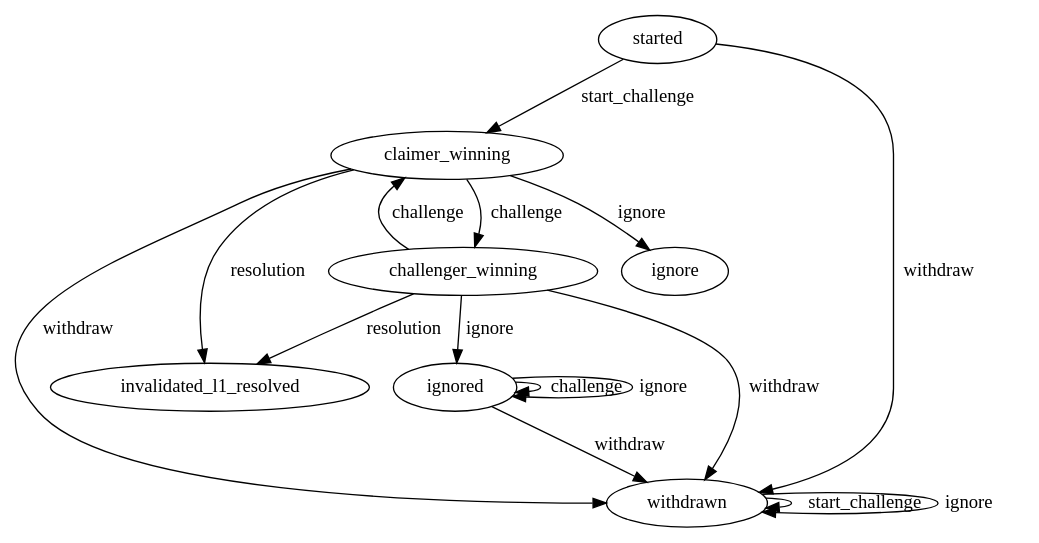
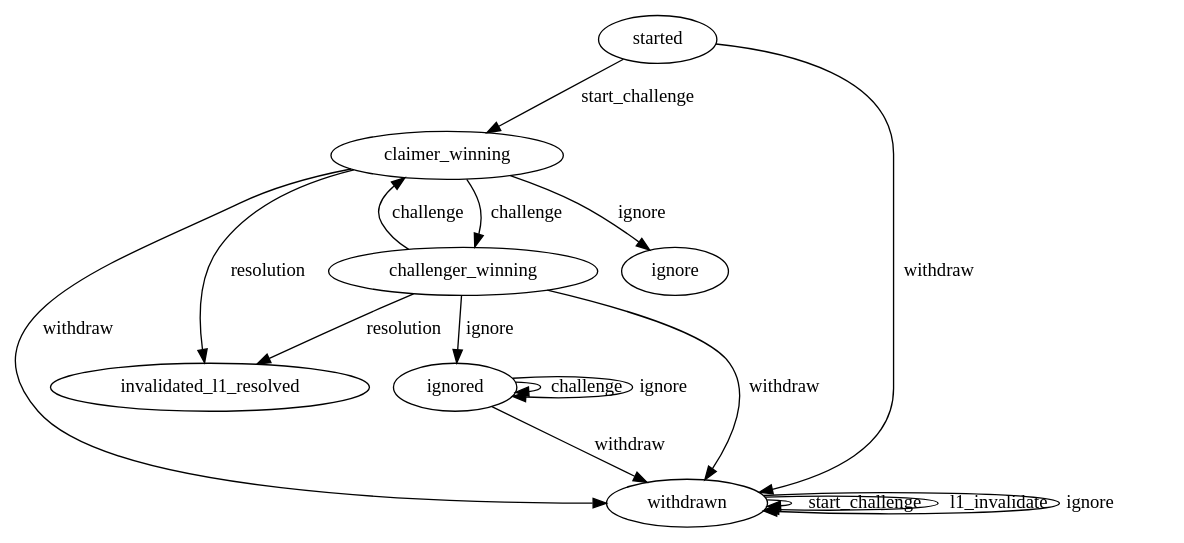
One commit to beamer-bridge/beamer changed the diagram in docs/source/claim_state_machine.dot. Above: the diagram before and after it, drawn with Graphviz. The commit also changed 1 other file, not shown here.

Commit message:
beamer: allow claim transition withdrawn -> withdrawn [l1_invalidate]

```diff
--- a/docs/source/claim_state_machine.dot
+++ b/docs/source/claim_state_machine.dot
@@ -1,23 +1,25 @@
 digraph claim_state_machine {
     node [] started, claimer_winning, challenger_winning, invalidated_l1_resolved, ignored, withdrawn;
 
     started -> claimer_winning [label = start_challenge];
     withdrawn -> withdrawn [label = start_challenge];
     started -> withdrawn [label = withdraw];
 
     claimer_winning -> challenger_winning [label = challenge];
     challenger_winning -> claimer_winning [label = challenge];
     ignored -> ignored [label = challenge];
+
+    withdrawn -> withdrawn [label = l1_invalidate];
 
     claimer_winning -> invalidated_l1_resolved [label = resolution];
     challenger_winning -> invalidated_l1_resolved [label = resolution];
 
     claimer_winning -> withdrawn [label = withdraw];
     challenger_winning -> withdrawn [label = withdraw];
     ignored -> withdrawn [label = withdraw];
 
     claimer_winning -> ignore [label = ignore];
     challenger_winning -> ignored [label = ignore];
     ignored -> ignored [label = ignore];
     withdrawn -> withdrawn [label = ignore];
 }
```
